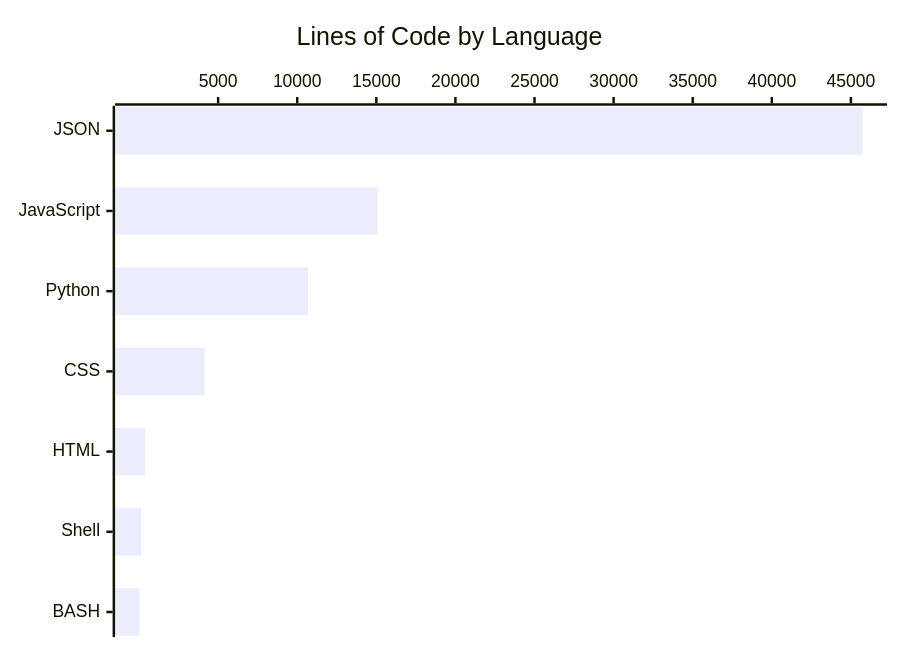
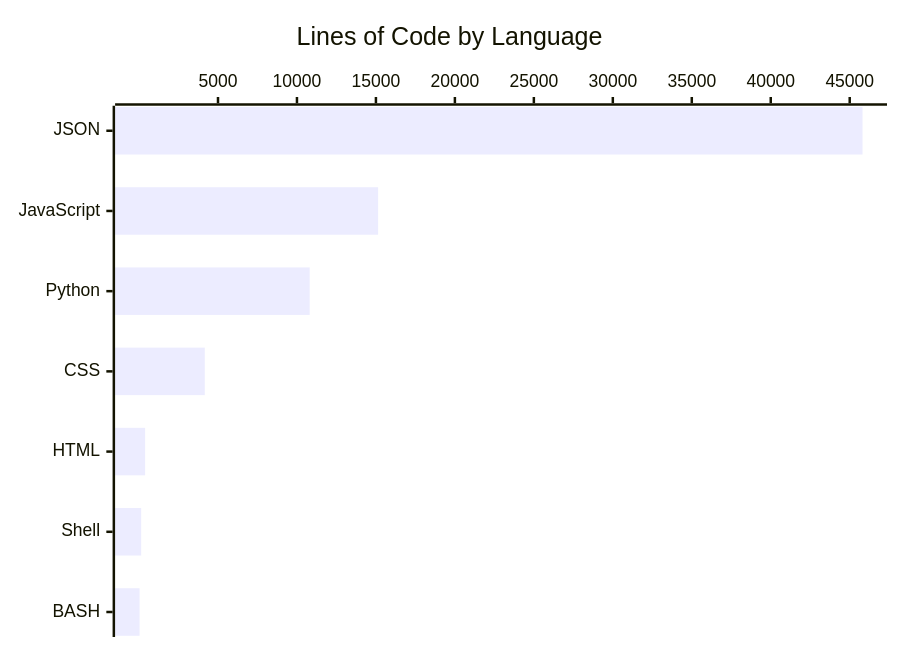
One commit to ibenian/algebench changed the diagram in LOC-REPORT.md. Above: the diagram before and after it, drawn with Mermaid. The commit also changed other lines of this file, not shown here.

````diff
--- a/LOC-REPORT.md
+++ b/LOC-REPORT.md
@@ -16,6 +16,6 @@
 ```mermaid
 xychart-beta horizontal
   title "Lines of Code by Language"
   x-axis ["JSON", "JavaScript", "Python", "CSS", "HTML", "Shell", "BASH"]
-  bar [45735, 15079, 10689, 4150, 386, 137, 33]
+  bar [45812, 15139, 10806, 4164, 386, 137, 33]
 ```
````
